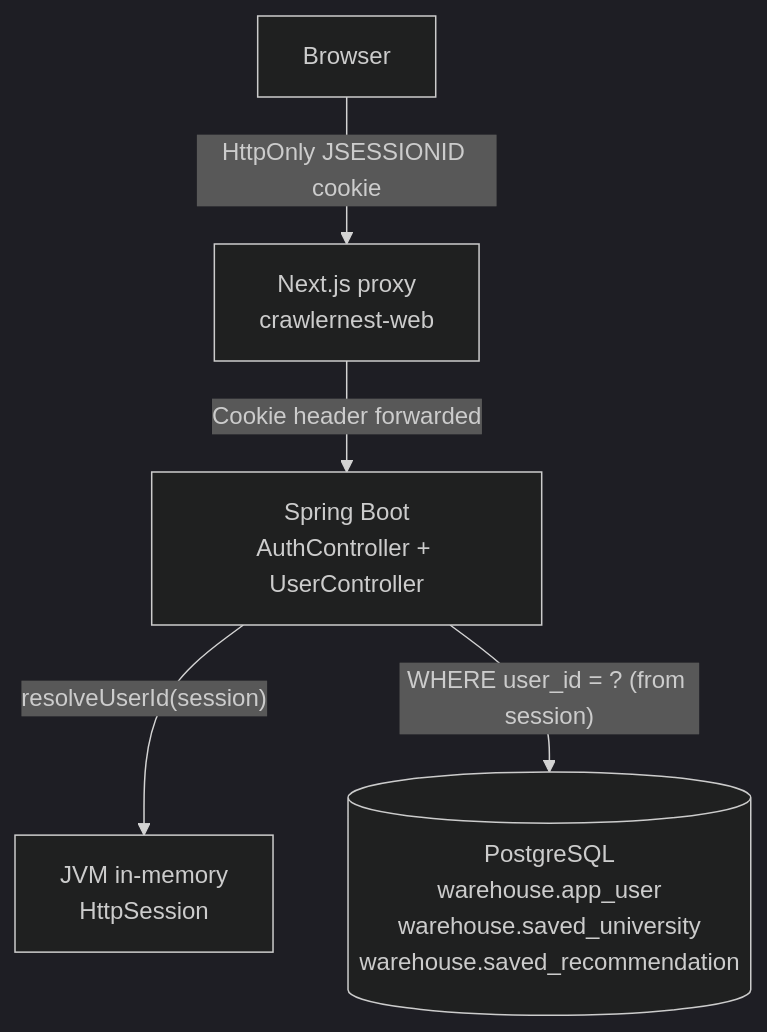
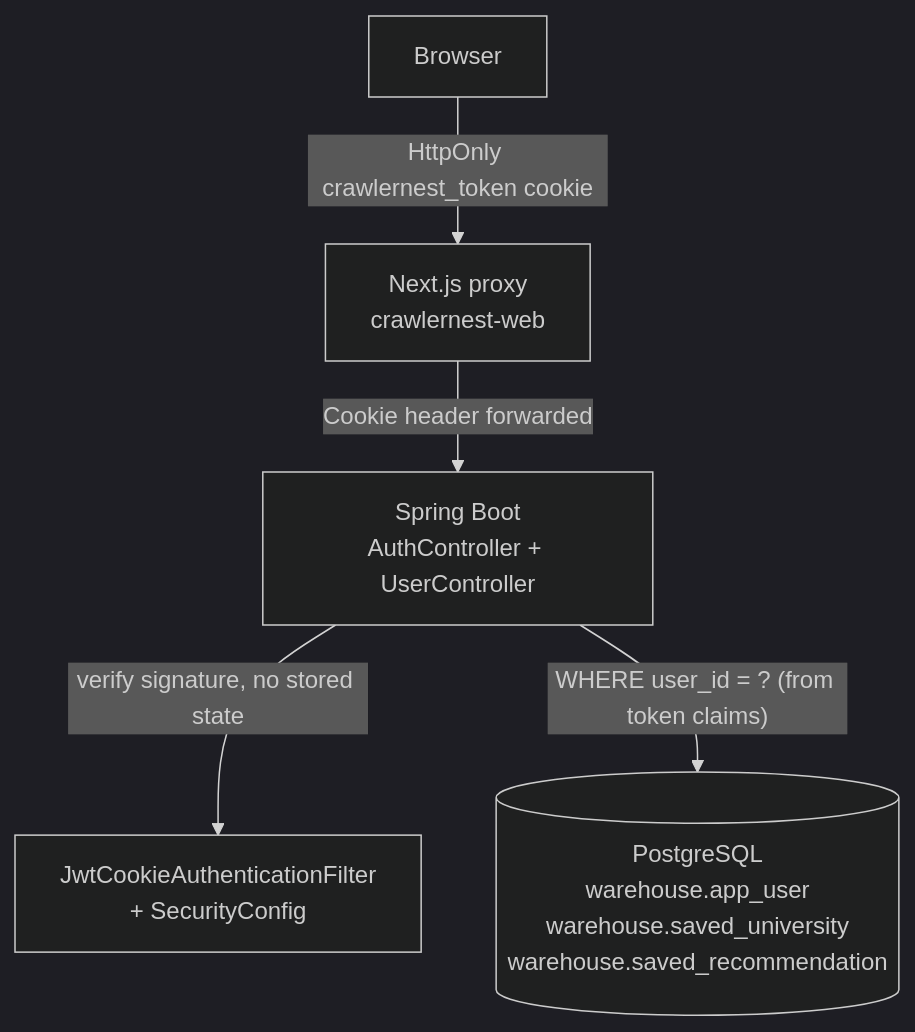
The eighth of 8 diagrams in docs/ARCHITECTURE_OVERVIEW.md (heinricitorgau/CrawlerNest), drawn with Mermaid (dark theme) before and after one commit. The commit also changed other lines of this file and 26 other files, not shown here.

````diff
--- a/docs/ARCHITECTURE_OVERVIEW.md
+++ b/docs/ARCHITECTURE_OVERVIEW.md
@@ -214,13 +214,13 @@
 ```mermaid
 flowchart TB
     browser["Browser"]
     nextjs["Next.js proxy<br/>crawlernest-web"]
     spring["Spring Boot<br/>AuthController + UserController"]
-    session["JVM in-memory<br/>HttpSession"]
+    filter["JwtCookieAuthenticationFilter<br/>+ SecurityConfig"]
     pg[("PostgreSQL<br/>warehouse.app_user<br/>warehouse.saved_university<br/>warehouse.saved_recommendation")]
 
-    browser -- "HttpOnly JSESSIONID cookie" --> nextjs
+    browser -- "HttpOnly crawlernest_token cookie" --> nextjs
     nextjs -- "Cookie header forwarded" --> spring
-    spring -- "resolveUserId(session)" --> session
-    spring -- "WHERE user_id = ? (from session)" --> pg
+    spring -- "verify signature, no stored state" --> filter
+    spring -- "WHERE user_id = ? (from token claims)" --> pg
 ```
````
